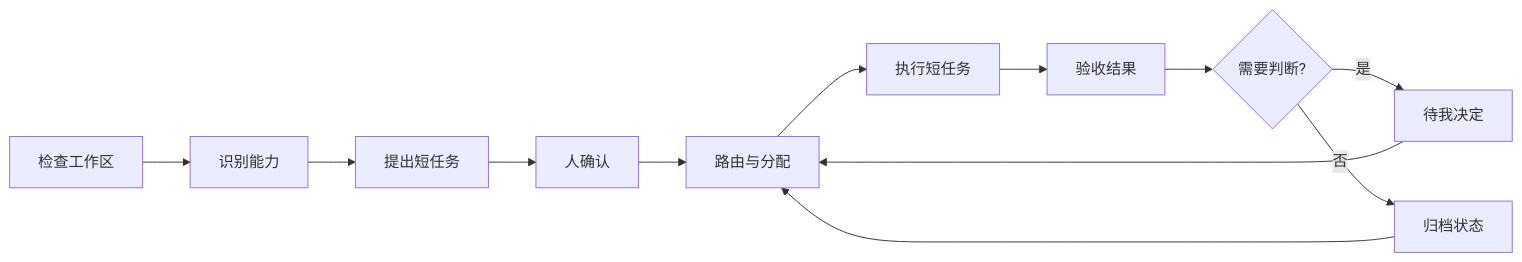
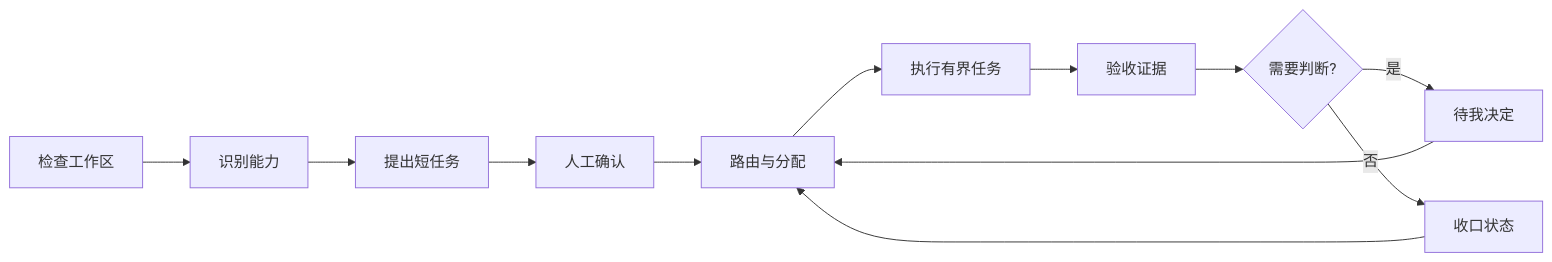
One commit to Dengk3Li/personal-ai-os-core changed the diagram in README.zh-CN.md. Above: the diagram before and after it, drawn with Mermaid. The commit also changed other lines of this file and 5 other files, not shown here.

````diff
--- a/README.zh-CN.md
+++ b/README.zh-CN.md
@@ -204,14 +20,14 @@
 ```mermaid
 flowchart LR
     I[检查工作区] --> M[识别能力]
     M --> P[提出短任务]
-    P --> H[人确认]
+    P --> H[人工确认]
     H --> R[路由与分配]
-    R --> E[执行短任务]
-    E --> V[验收结果]
+    R --> E[执行有界任务]
+    E --> V[验收证据]
     V --> D{需要判断?}
     D -->|是| G[待我决定]
     G --> R
-    D -->|否| A[归档状态]
+    D -->|否| A[收口状态]
     A --> R
 ```
````
